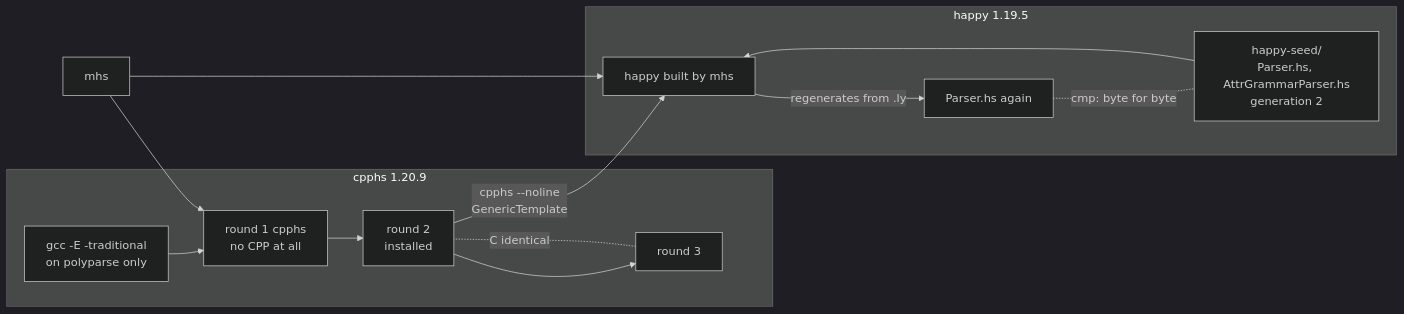
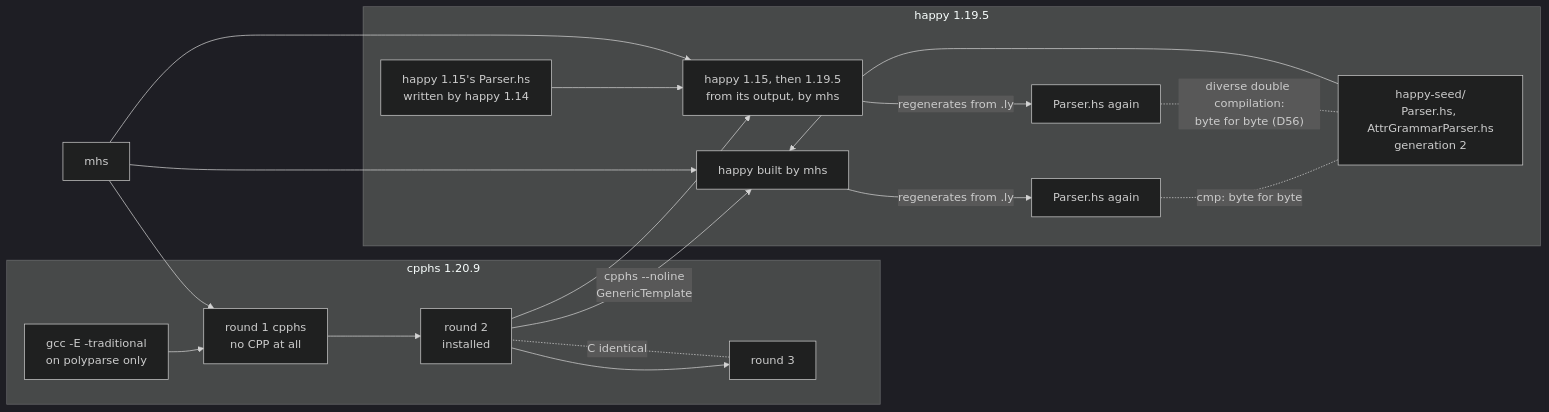
One commit to andreabedini/ghc-bootstrap changed the third of 5 diagrams in DIAGRAMS.md. Above: the diagram before and after it, drawn with Mermaid (dark theme). The commit also changed other lines of this file, not shown here.

Commit message:
docs(diagrams): happy's seed is also reached from happy 1.15's (D56)

````diff
--- a/DIAGRAMS.md
+++ b/DIAGRAMS.md
@@ -54,14 +55,18 @@
 ```mermaid
 flowchart LR
     subgraph cpphs["cpphs 1.20.9"]
         c0["gcc -E -traditional<br/>on polyparse only"] --> c1["round 1 cpphs<br/>no CPP at all"] --> c2["round 2<br/>installed"] --> c3["round 3"]
         c3 -. "C identical" .- c2
     end
     subgraph happy["happy 1.19.5"]
         hseed["happy-seed/<br/>Parser.hs, AttrGrammarParser.hs<br/>generation 2"] --> hb["happy built by mhs"] -->|"regenerates from .ly"| hregen["Parser.hs again"]
         hregen -. "cmp: byte for byte" .- hseed
+        h115["happy 1.15's Parser.hs<br/>written by happy 1.14"] --> hddc["happy 1.15, then 1.19.5<br/>from its output, by mhs"] -->|"regenerates from .ly"| hddcout["Parser.hs again"]
+        hddcout -. "diverse double compilation:<br/>byte for byte (D56)" .- hseed
     end
     mhs["mhs"] --> c1
     mhs --> hb
+    mhs --> hddc
     c2 -->|"cpphs --noline<br/>GenericTemplate"| hb
+    c2 --> hddc
 ```
````
